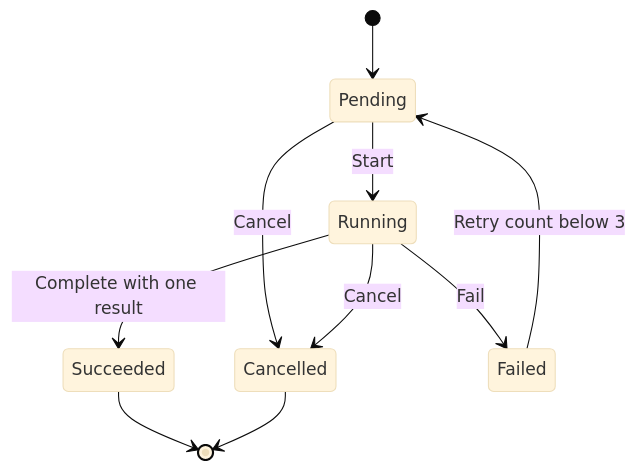
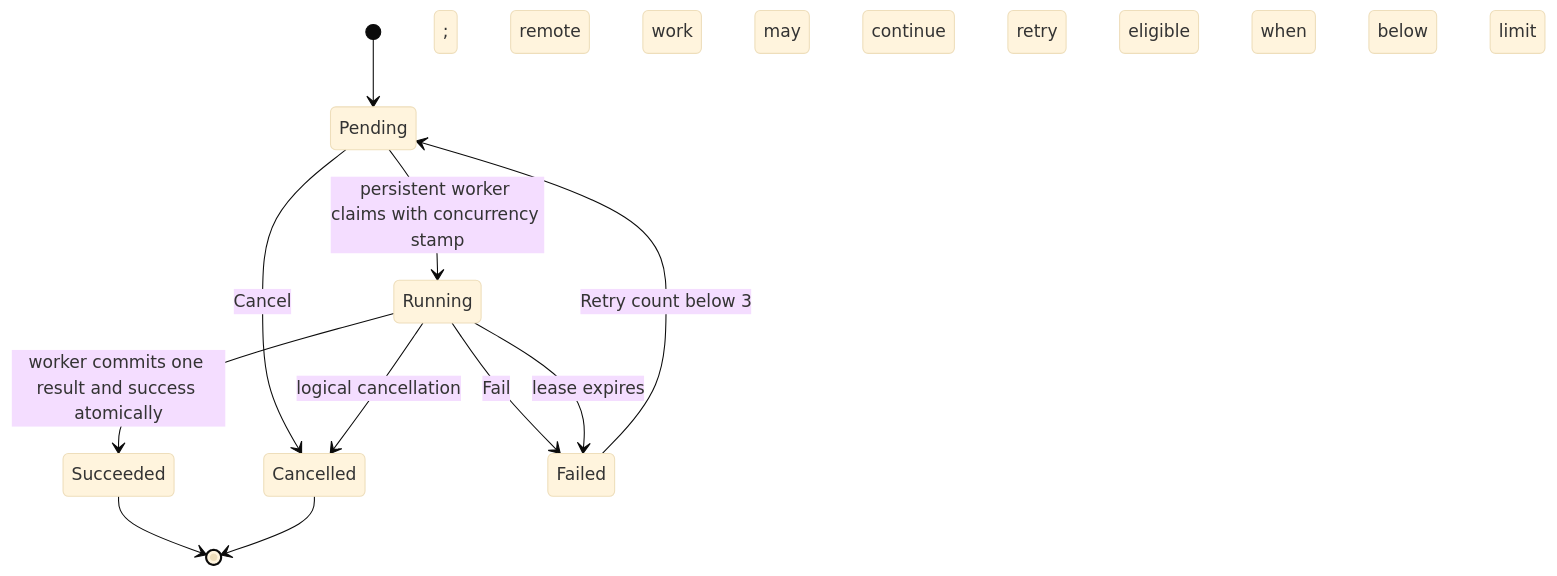
One commit to YU-06/system changed the third of 4 diagrams in docs/api/research-domain.md. Above: the diagram before and after it, drawn with Mermaid (base theme). The commit also changed other lines of this file and 56 other files, not shown here.

````diff
--- a/docs/api/research-domain.md
+++ b/docs/api/research-domain.md
@@ -228,12 +271,13 @@
 ```mermaid
 stateDiagram-v2
   [*] --> Pending
-  Pending --> Running: Start
+  Pending --> Running: persistent worker claims with concurrency stamp
   Pending --> Cancelled: Cancel
-  Running --> Succeeded: Complete with one result
+  Running --> Succeeded: worker commits one result and success atomically
   Running --> Failed: Fail
-  Running --> Cancelled: Cancel
+  Running --> Cancelled: logical cancellation; remote work may continue
+  Running --> Failed: lease expires; retry eligible when below limit
   Failed --> Pending: Retry count below 3
   Succeeded --> [*]
   Cancelled --> [*]
 ```
````
